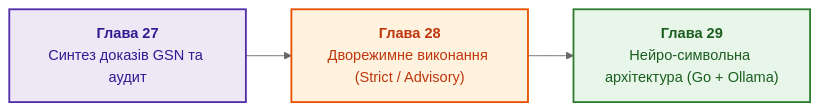
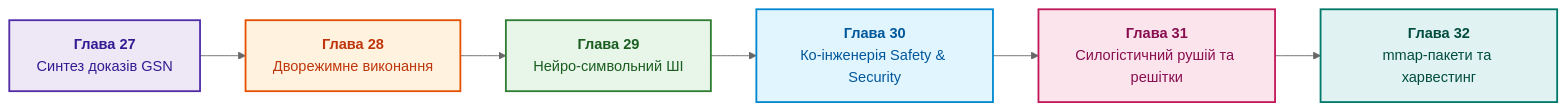
One commit to nick-fedchik/articles changed the diagram in ExpertSystem/part-06-frontiers-neuro-symbolic.md. Above: the diagram before and after it, drawn with Mermaid (neutral theme). The commit also changed other lines of this file and 6 other files, not shown here.

````diff
--- a/ExpertSystem/part-06-frontiers-neuro-symbolic.md
+++ b/ExpertSystem/part-06-frontiers-neuro-symbolic.md
@@ -22,16 +22,25 @@
 ```mermaid
 flowchart LR
     accTitle: Кульмінація технологій у Частині VI
-    accDescr: Від синтезу сертифікаційних доказів GSN через дворежимне виконання до нейро-символьного ШІ.
+    accDescr: Від синтезу сертифікаційних доказів GSN через дворежимне виконання та нейро-символьний ШІ до ко-інженерії, силогістичного рушія та бінарних mmap-пакетів.
 
-    GSN["<b>Глава 27</b><br/>Синтез доказів GSN та аудит"] --> DUAL["<b>Глава 28</b><br/>Дворежимне виконання (Strict / Advisory)"]
-    DUAL --> NESY["<b>Глава 29</b><br/>Нейро-символьна архітектура (Go + Ollama)"]
+    GSN["<b>Глава 27</b><br/>Синтез доказів GSN"] --> DUAL["<b>Глава 28</b><br/>Дворежимне виконання"]
+    DUAL --> NESY["<b>Глава 29</b><br/>Нейро-символьний ШІ"]
+    NESY --> COENG["<b>Глава 30</b><br/>Ко-інженерія Safety & Security"]
+    COENG --> SYLLOG["<b>Глава 31</b><br/>Силогістичний рушій та решітки"]
+    SYLLOG --> MMAP["<b>Глава 32</b><br/>mmap-пакети та харвестинг"]
 
     classDef gsn fill:#ede7f6,stroke:#512da8,stroke-width:2px,color:#311b92;
     classDef dual fill:#fff3e0,stroke:#e65100,stroke-width:2px,color:#bf360c;
     classDef nesy fill:#e8f5e9,stroke:#2e7d32,stroke-width:2px,color:#1b5e20;
+    classDef coeng fill:#e1f5fe,stroke:#0288d1,stroke-width:2px,color:#01579b;
+    classDef syllog fill:#fce4ec,stroke:#c2185b,stroke-width:2px,color:#880e4f;
+    classDef mmap fill:#e0f2f1,stroke:#00796b,stroke-width:2px,color:#004d40;
 
     class GSN gsn;
     class DUAL dual;
     class NESY nesy;
+    class COENG coeng;
+    class SYLLOG syllog;
+    class MMAP mmap;
 ```
````
